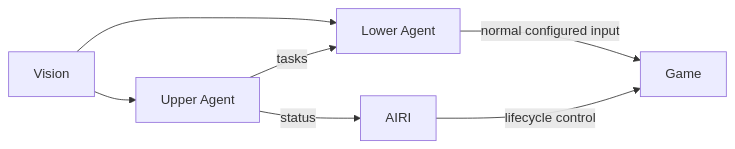
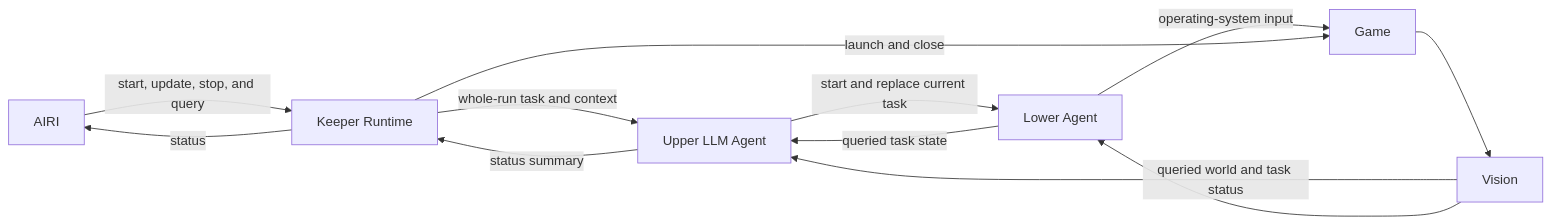
Before and after one commit to proj-airi/game-playing-ai-dome-keeper: the second of 2 diagrams in docs/architecture.md, drawn with Mermaid. The commit also changed other lines of this file and 8 other files, not shown here.

````diff
--- a/docs/architecture.md
+++ b/docs/architecture.md
@@ -31,9 +31,14 @@
 ```mermaid
 flowchart LR
-  vision[Vision] --> upper[Upper Agent]
+  airi[AIRI] -->|start, update, stop, and query| keeper[Keeper Runtime]
+  keeper -->|whole-run task and context| upper[Upper LLM Agent]
+  upper -->|status summary| keeper
+  keeper -->|status| airi
+  game[Game] --> vision[Vision]
+  vision -->|queried world and task status| upper
   vision --> lower[Lower Agent]
-  upper -->|status| airi[AIRI]
-  upper -->|tasks| lower
-  lower -->|normal configured input| game[Game]
-  airi -->|lifecycle control| game
+  lower -->|queried task state| upper
+  upper -->|start and replace current task| lower
+  lower -->|operating-system input| game
+  keeper -->|launch and close| game
 ```
````
